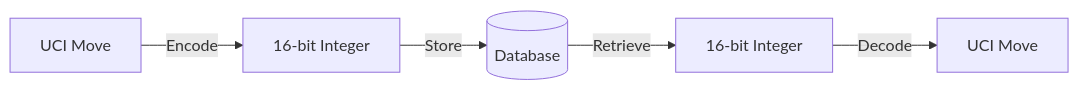
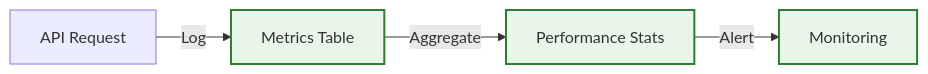
Before and after one commit to nessaee/chess-database: the fourth of 4 diagrams in docs/architecture.md, drawn with Mermaid. The commit also changed other lines of this file and 3 other files, not shown here.

````diff
--- a/docs/architecture.md
+++ b/docs/architecture.md
@@ -685,7 +181,10 @@
-```mermaid
+<pre class="mermaid">
 graph LR
-    A[UCI Move] -->|Encode| B[16-bit Integer]
-    B -->|Store| C[(Database)]
-    C -->|Retrieve| D[16-bit Integer]
-    D -->|Decode| E[UCI Move]
-```
+    A[API Request] -->|Log| B[Metrics Table]
+    B -->|Aggregate| C[Performance Stats]
+    C -->|Alert| D[Monitoring]
+    
+    %% Styling
+    classDef monitor fill:#e8f5e9,stroke:#2e7d32,stroke-width:2px;
+    class B,C,D monitor;
+</pre>
````
